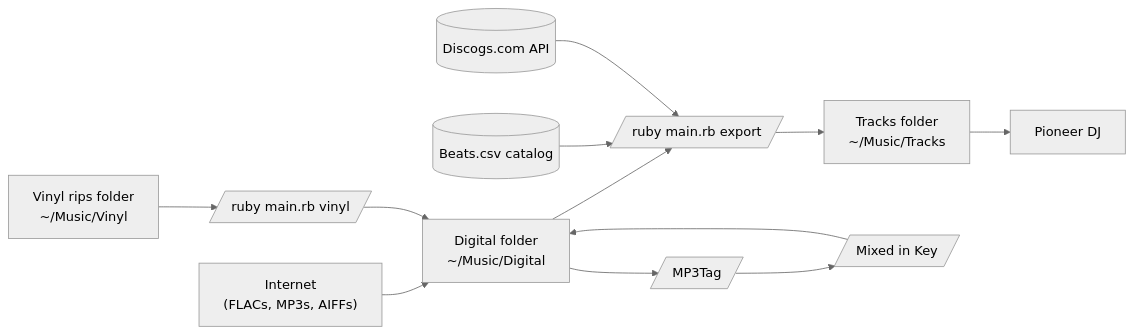
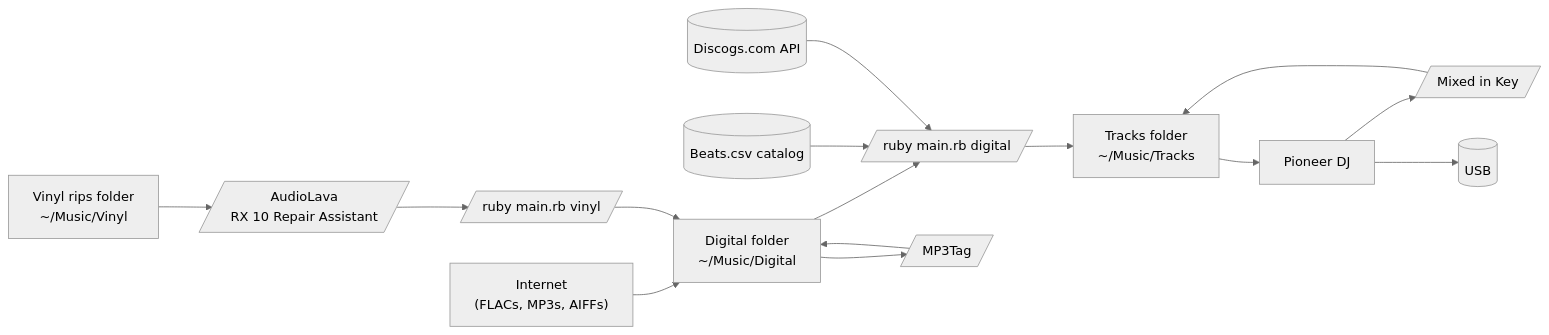
The diagram in README.md (erithmetic/tracks), drawn with Mermaid (neutral theme) before and after one commit. The commit also changed other lines of this file and 7 other files, not shown here.

````diff
--- a/README.md
+++ b/README.md
@@ -21,21 +21,25 @@
 ```mermaid
 flowchart LR
   internet["Internet<br>(FLACs, MP3s, AIFFs)"]
   digital["Digital folder<br>~/Music/Digital"]
   vinyl["Vinyl rips folder<br>~/Music/Vinyl"]
   tracks["Tracks folder<br>~/Music/Tracks"]
   vinyl_script[/ruby main.rb vinyl/]
-  export_script[/ruby main.rb export/]
+  export_script[/ruby main.rb digital/]
   pdj[Pioneer DJ]
   mik[/Mixed in Key/]
   tag[/MP3Tag/]
   beats[(Beats.csv catalog)]
   discogs[(Discogs.com API)]
+  rx10[/AudioLava<br>RX 10 Repair Assistant/]
+  usb[(USB)]
 
   internet --> digital
-  digital --> tag --> mik --> digital
-  vinyl --> vinyl_script --> digital
+  digital --> tag --> digital
+  vinyl --> rx10 --> vinyl_script --> digital
   digital --> export_script --> tracks --> pdj
+  pdj --> mik --> tracks
   beats --> export_script
   discogs --> export_script
+  pdj --> usb
 ```
````
